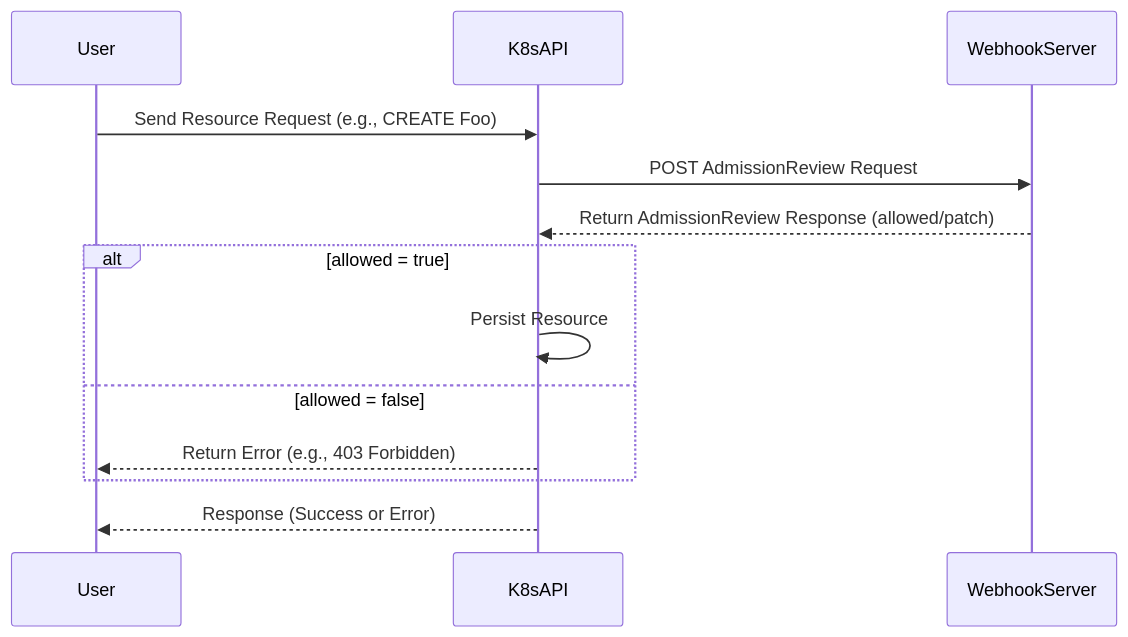
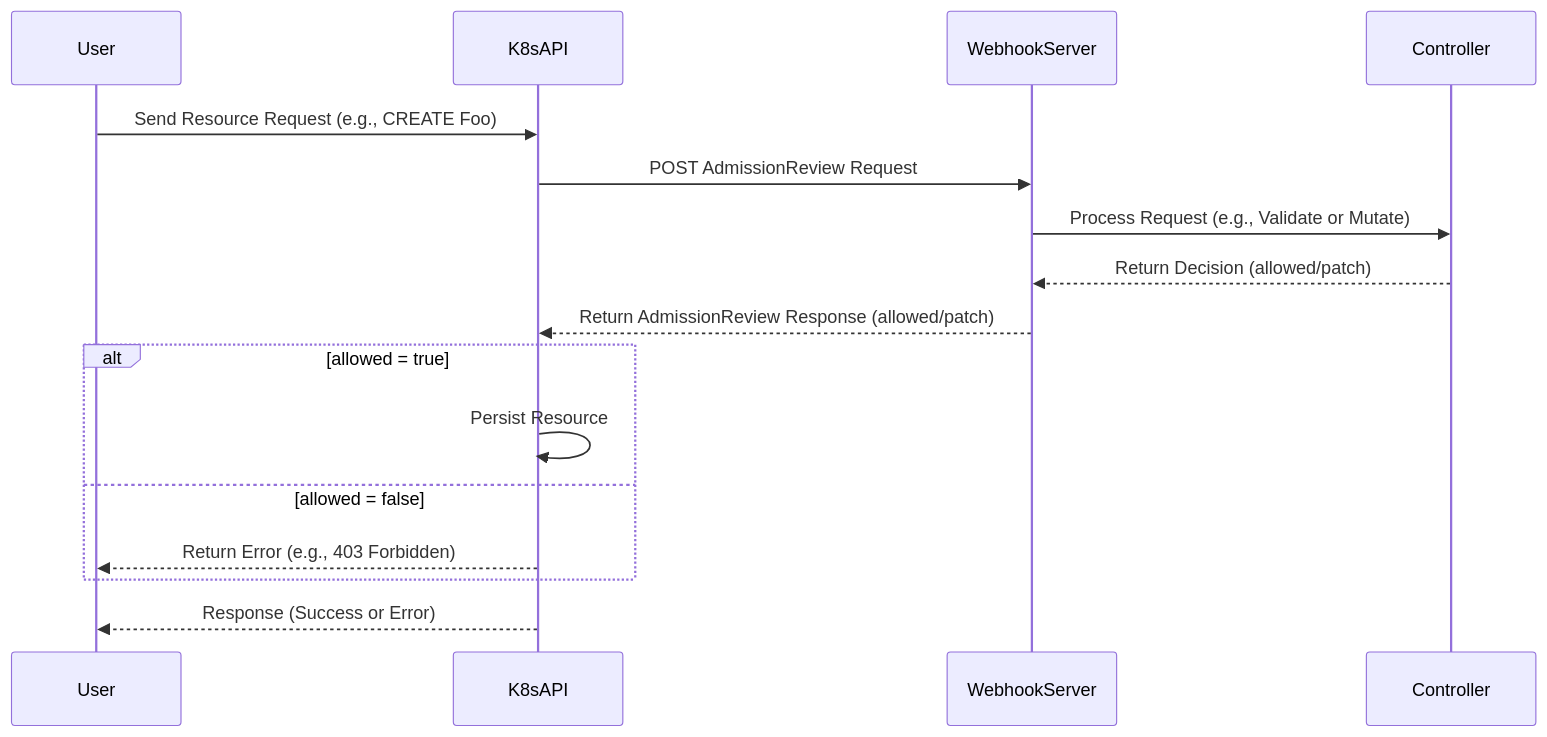
One commit to liweinan/deepseek-answers changed the first of 3 diagrams in files/k8s-webhook.md. Above: the diagram before and after it, drawn with Mermaid.

Commit message:
save progress

````diff
--- a/files/k8s-webhook.md
+++ b/files/k8s-webhook.md
@@ -723,16 +723,19 @@
 ```mermaid
 sequenceDiagram
     participant User
     participant K8sAPI
     participant WebhookServer
+    participant Controller
 
     User->>K8sAPI: Send Resource Request (e.g., CREATE Foo)
     K8sAPI->>WebhookServer: POST AdmissionReview Request
+    WebhookServer->>Controller: Process Request (e.g., Validate or Mutate)
+    Controller-->>WebhookServer: Return Decision (allowed/patch)
     WebhookServer-->>K8sAPI: Return AdmissionReview Response (allowed/patch)
     alt allowed = true
         K8sAPI->>K8sAPI: Persist Resource
     else allowed = false
         K8sAPI-->>User: Return Error (e.g., 403 Forbidden)
     end
     K8sAPI-->>User: Response (Success or Error)
 ```
````
